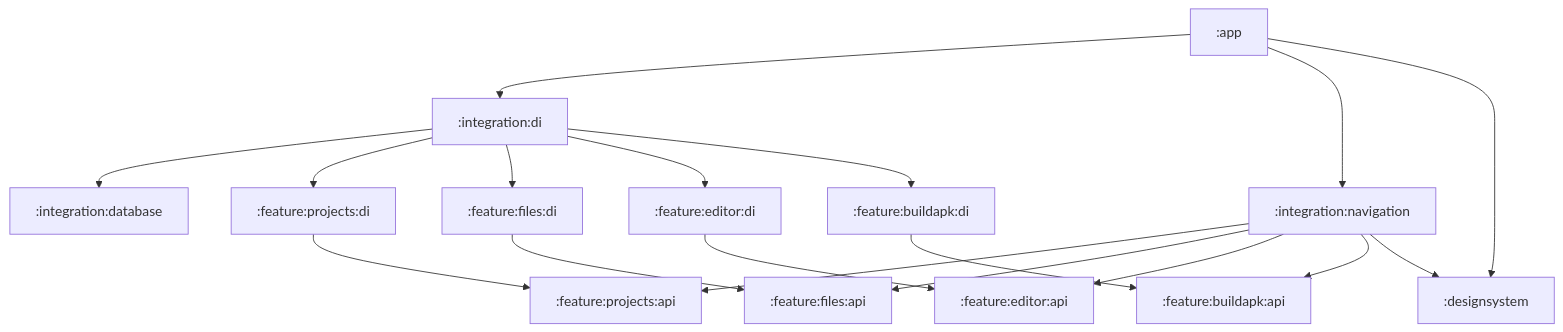
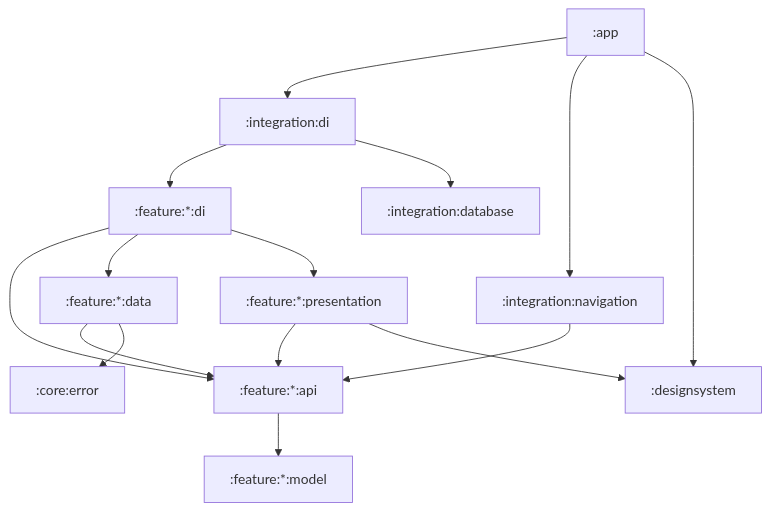
The diagram in project/architecture.md (Al-Qassim/Android-Studio-Lite), drawn with Mermaid before and after one commit. The commit also changed other lines of this file and 6 other files, not shown here.

````diff
--- a/project/architecture.md
+++ b/project/architecture.md
@@ -114,38 +67,29 @@
 ```mermaid
 flowchart TB
   app[":app"]
-  di[":integration:di"]
+  idi[":integration:di"]
   nav[":integration:navigation"]
   db[":integration:database"]
   ds[":designsystem"]
+  err[":core:error"]
+  fapi[":feature:*:api"]
+  fmodel[":feature:*:model"]
+  fdi[":feature:*:di"]
+  fdata[":feature:*:data"]
+  fpres[":feature:*:presentation"]
 
-  pApi[":feature:projects:api"]
-  pDi[":feature:projects:di"]
-  fApi[":feature:files:api"]
-  fDi[":feature:files:di"]
-  eApi[":feature:editor:api"]
-  eDi[":feature:editor:di"]
-  bApi[":feature:buildapk:api"]
-  bDi[":feature:buildapk:di"]
-
-  app --> di
+  app --> idi
   app --> nav
   app --> ds
-
-  di --> db
-  di --> pDi
-  di --> fDi
-  di --> eDi
-  di --> bDi
-
-  nav --> pApi
-  nav --> fApi
-  nav --> eApi
-  nav --> bApi
-  nav --> ds
-
-  pDi --> pApi
-  fDi --> fApi
-  eDi --> eApi
-  bDi --> bApi
+  idi --> fdi
+  idi --> db
+  nav --> fapi
+  fdi --> fapi
+  fdi --> fdata
+  fdi --> fpres
+  fapi --> fmodel
+  fdata --> fapi
+  fpres --> fapi
+  fpres --> ds
+  fdata --> err
 ```
````
